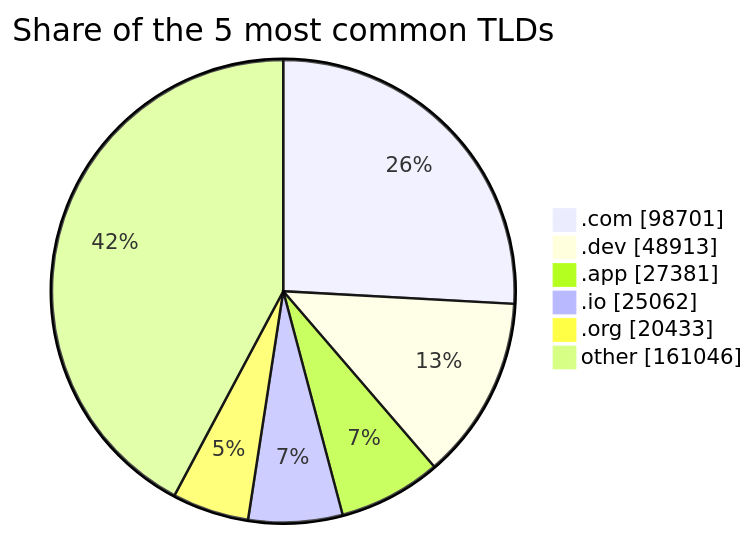
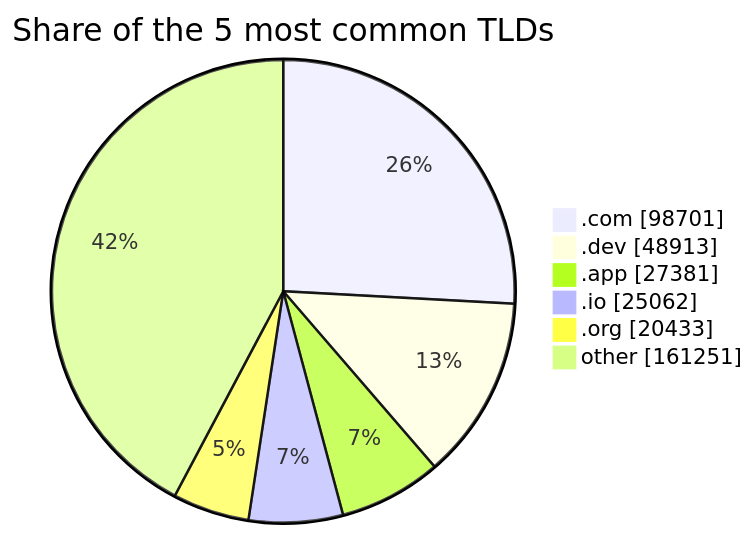
One commit to DNSBunker/CTI changed the third of 3 diagrams in README.md. Above: the diagram before and after it, drawn with Mermaid. The commit also changed other lines of this file and 3 other files, not shown here.

````diff
--- a/README.md
+++ b/README.md
@@ -81,9 +81,9 @@
 ```mermaid
 pie showData title Share of the 5 most common TLDs
     ".com" : 98701
     ".dev" : 48913
     ".app" : 27381
     ".io" : 25062
     ".org" : 20433
-    "other" : 161046
+    "other" : 161251
 ```
````
